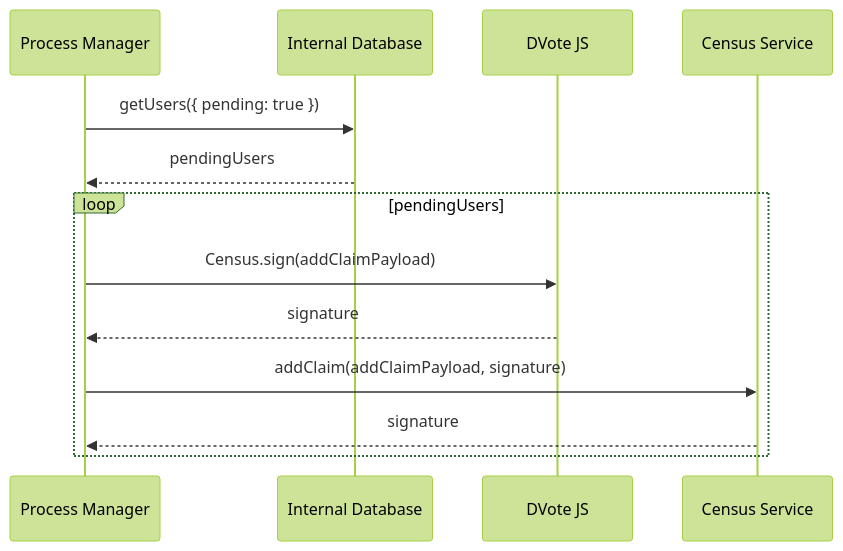
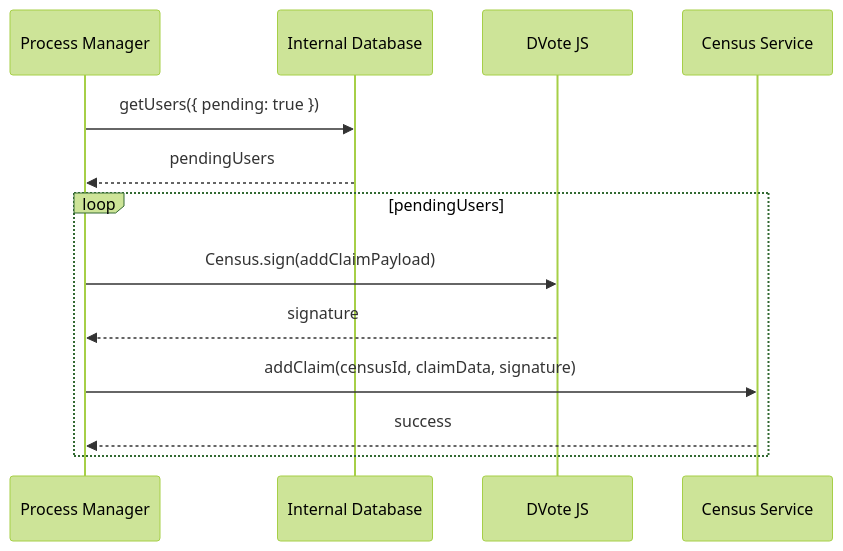
One commit to vocdoni/docs changed the sixth of 7 diagrams in docs/protocol/sequence-diagrams.md. Above: the diagram before and after it, drawn with Mermaid (forest theme). The commit also changed other lines of this file and 2 other files, not shown here.

````diff
--- a/docs/protocol/sequence-diagrams.md
+++ b/docs/protocol/sequence-diagrams.md
@@ -142,20 +142,20 @@
 ```mermaid
 sequenceDiagram
     participant PM as Process Manager
     participant DB as Internal Database
-    participant DVJS as DVote JS
+    participant DV as DVote JS
     participant CS as Census Service
 
     PM->>DB: getUsers({ pending: true })
     DB-->>PM: pendingUsers
 
 
     loop pendingUsers
-        PM->>DVJS: Census.sign(addClaimPayload)
-        DVJS-->>PM: signature
+        PM->>DV: Census.sign(addClaimPayload)
+        DV-->>PM: signature
         
-        PM->>CS: addClaim(addClaimPayload, signature)
-        CS-->>PM: signature
+        PM->>CS: addClaim(censusId, claimData, signature)
+        CS-->>PM: success
     end
 
 ```
````
